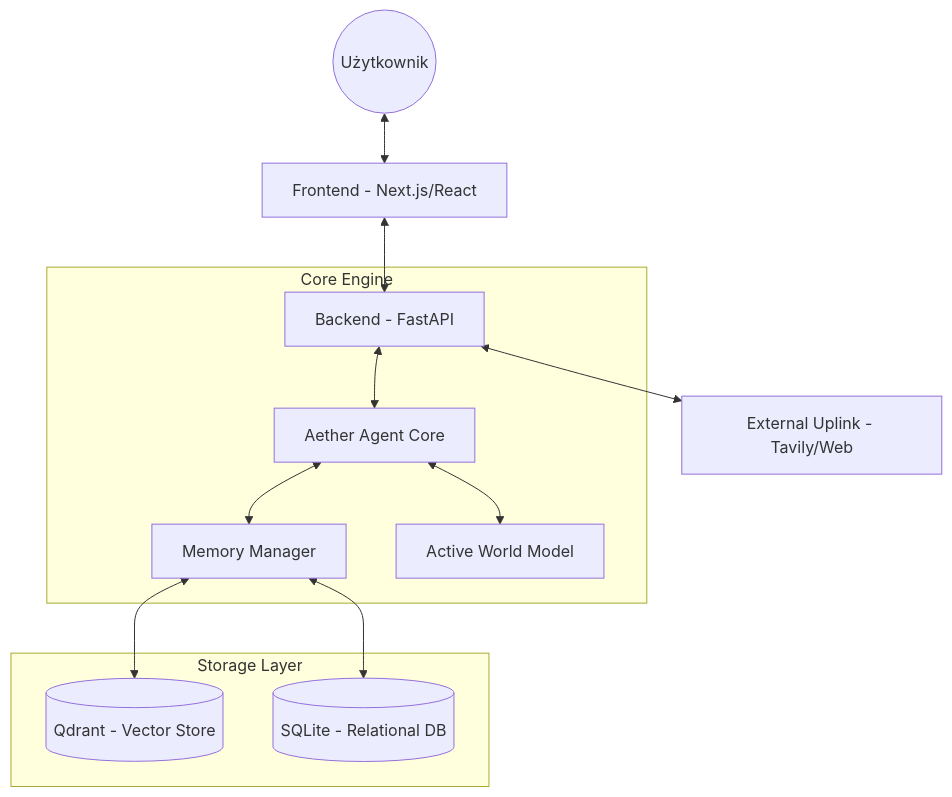
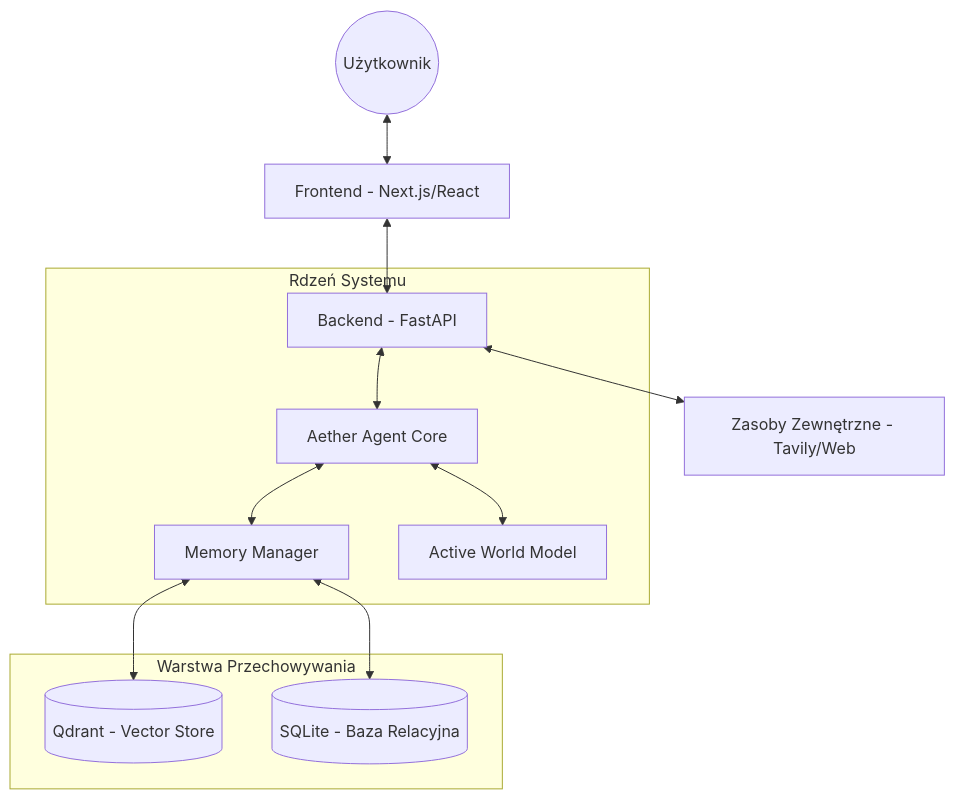
One commit to takzen/aether-agent changed the diagram in docs/ARCHITECTURE.md. Above: the diagram before and after it, drawn with Mermaid. The commit also changed other lines of this file and 20 other files, not shown here.

````diff
--- a/docs/ARCHITECTURE.md
+++ b/docs/ARCHITECTURE.md
@@ -7,18 +7,18 @@
 ```mermaid
 graph TD
     User((Użytkownik)) <--> Frontend[Frontend - Next.js/React]
     Frontend <--> Backend[Backend - FastAPI]
     
-    subgraph Core Engine
+    subgraph Core Engine [Rdzeń Systemu]
         Backend <--> Agent[Aether Agent Core]
         Agent <--> Memory[Memory Manager]
         Agent <--> AWM[Active World Model]
     end
     
-    subgraph Storage Layer
+    subgraph Storage Layer [Warstwa Przechowywania]
         Memory <--> Qdrant[(Qdrant - Vector Store)]
-        Memory <--> SQLite[(SQLite - Relational DB)]
+        Memory <--> SQLite[(SQLite - Baza Relacyjna)]
     end
     
-    Backend <--> External[External Uplink - Tavily/Web]
+    Backend <--> External[Zasoby Zewnętrzne - Tavily/Web]
 ```
````
